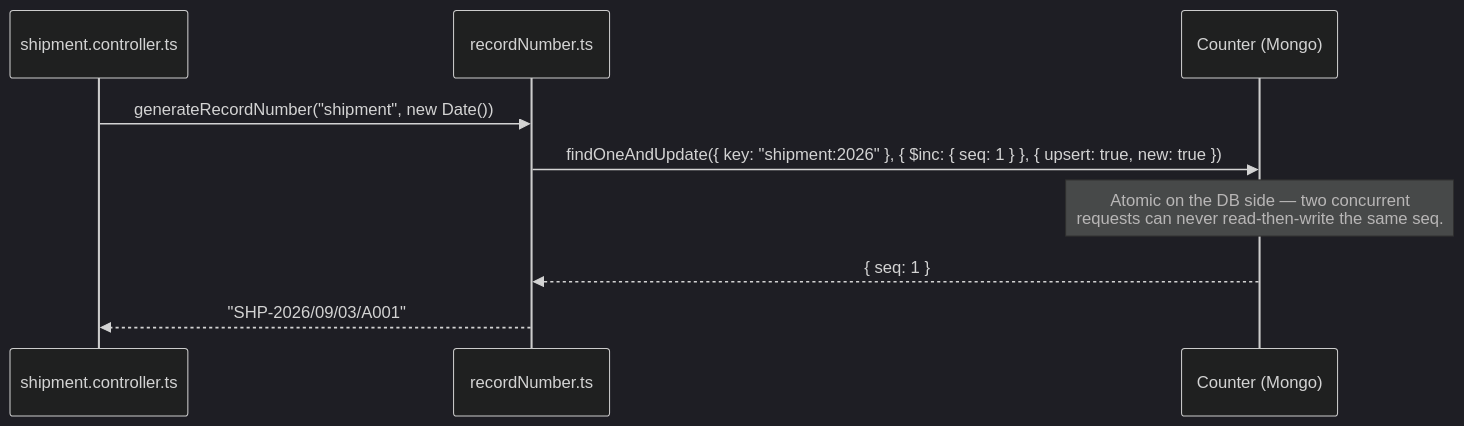
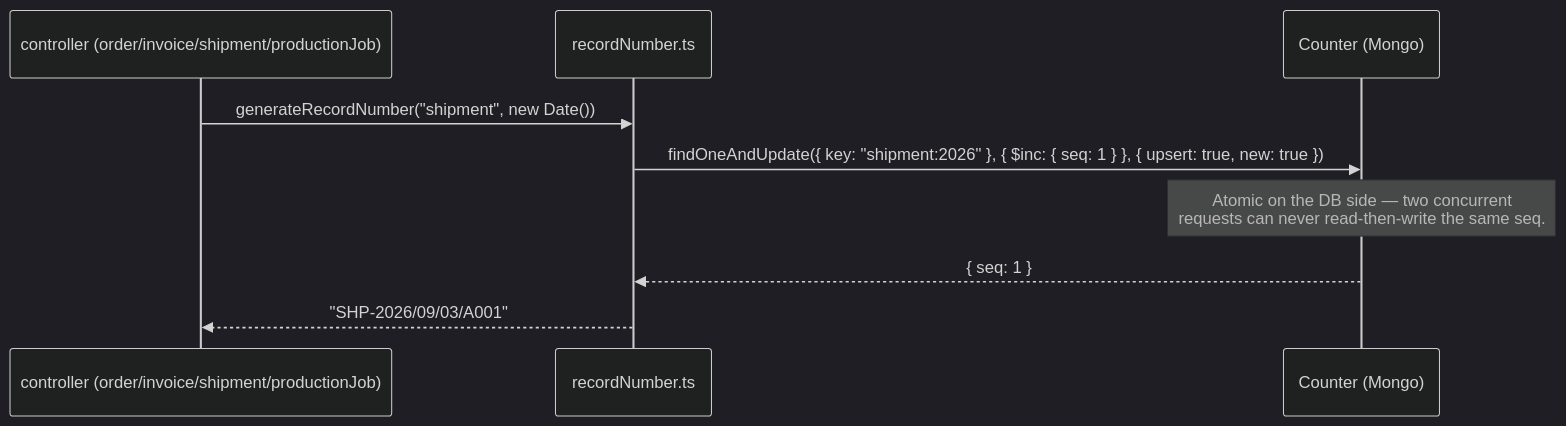
The fifth of 6 diagrams in docs/schema-diagram.md (BhagyaInduwara/PUSL-3120-Full-Stack-development-Group-Project), drawn with Mermaid (dark theme) before and after one commit. The commit also changed other lines of this file, not shown here.

Commit message:
Docs: Update Schema Diagram.md

````diff
--- a/docs/schema-diagram.md
+++ b/docs/schema-diagram.md
@@ -642,12 +566,12 @@
 ```mermaid
 sequenceDiagram
-    participant C as shipment.controller.ts
+    participant C as controller (order/invoice/shipment/productionJob)
     participant R as recordNumber.ts
     participant Ctr as Counter (Mongo)
 
     C->>R: generateRecordNumber("shipment", new Date())
     R->>Ctr: findOneAndUpdate({ key: "shipment:2026" }, { $inc: { seq: 1 } }, { upsert: true, new: true })
     Note over Ctr: Atomic on the DB side — two concurrent<br/>requests can never read-then-write the same seq.
     Ctr-->>R: { seq: 1 }
     R-->>C: "SHP-2026/09/03/A001"
 ```
````
